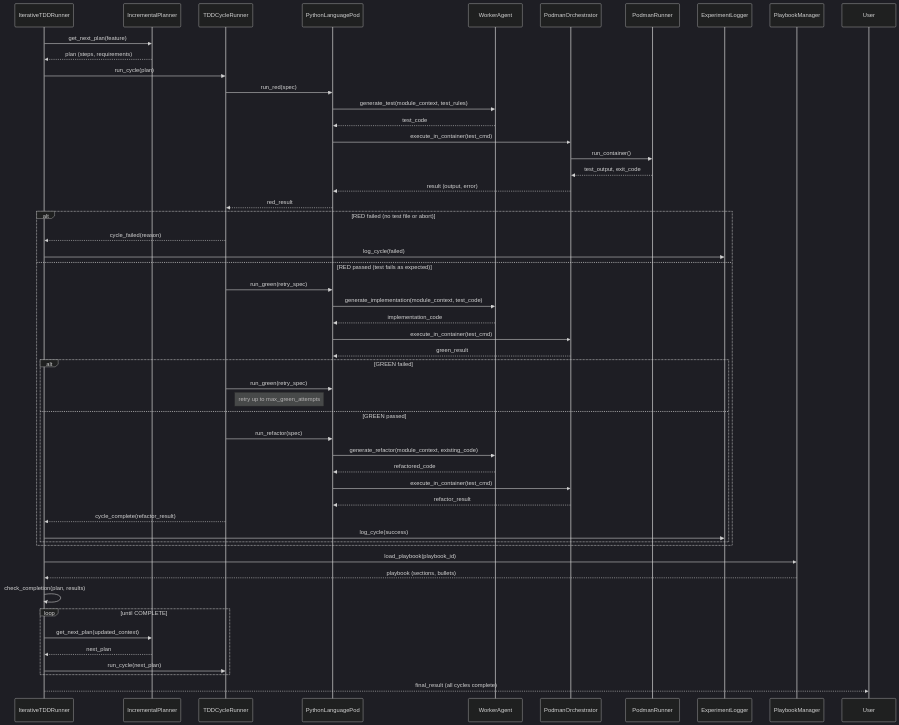
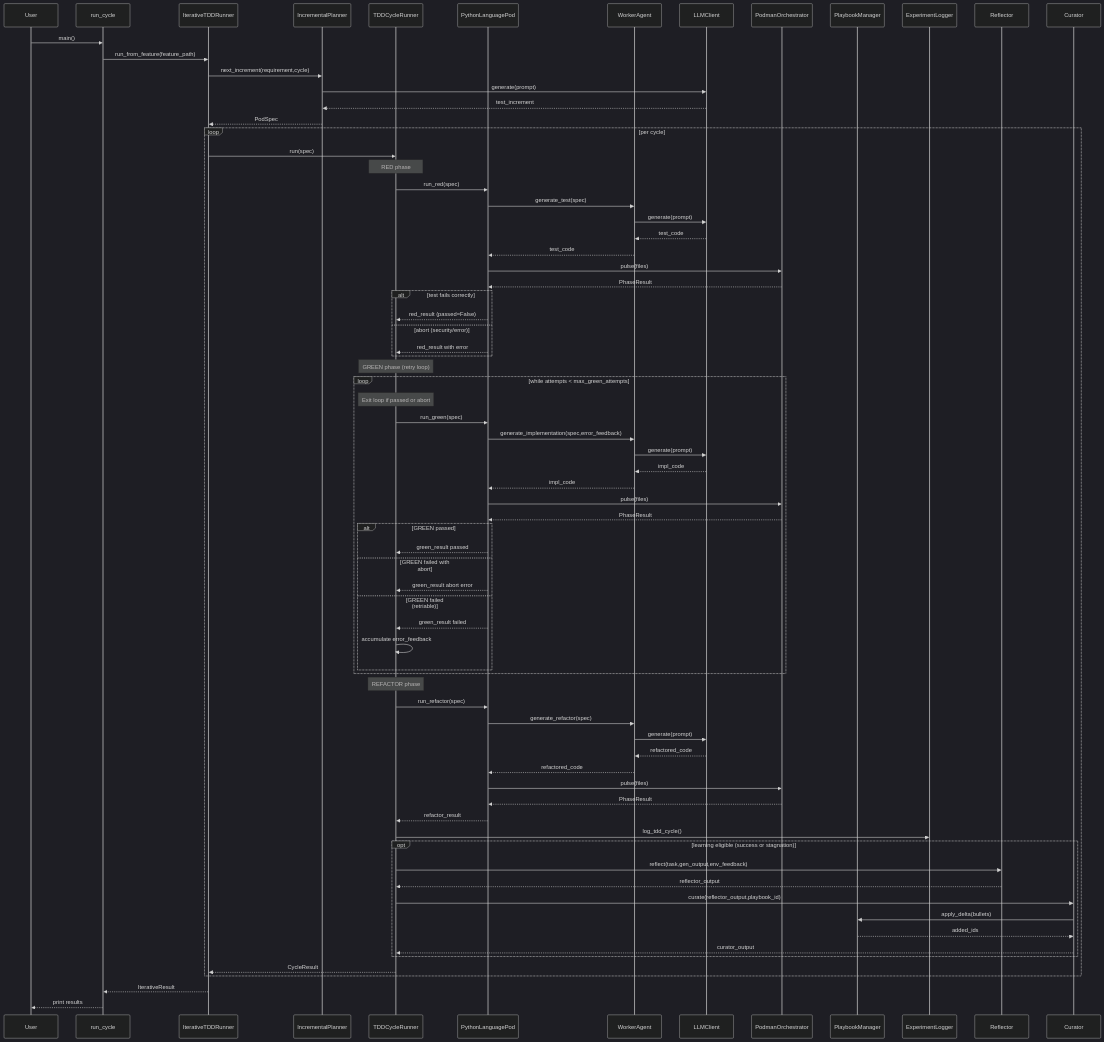
One commit to carlhuxley/ace_enterprise changed the diagram in docs/SYSTEM_ARCHITECTURE.md. Above: the diagram before and after it, drawn with Mermaid (dark theme). The commit also changed other lines of this file and 6 other files, not shown here.

````diff
--- a/docs/SYSTEM_ARCHITECTURE.md
+++ b/docs/SYSTEM_ARCHITECTURE.md
@@ -37,55 +38,87 @@
 ```mermaid
 sequenceDiagram
-    participant Runner as IterativeTDDRunner
-    participant Planner as IncrementalPlanner
-    participant Cycle as TDDCycleRunner
+    participant User as User
+    participant RC as run_cycle
+    participant ITR as IterativeTDDRunner
+    participant Plan as IncrementalPlanner
+    participant TCR as TDDCycleRunner
     participant Pod as PythonLanguagePod
-    participant Worker as WorkerAgent
+    participant WA as WorkerAgent
+    participant LLM as LLMClient
     participant Orch as PodmanOrchestrator
-    participant Cont as PodmanRunner
-    participant Logger as ExperimentLogger
-    participant Store as PlaybookManager
+    participant PM as PlaybookManager
+    participant Log as ExperimentLogger
+    participant Ref as Reflector
+    participant Cur as Curator
 
-    Runner->>Planner: get_next_plan(feature)
-    Planner-->>Runner: plan (steps, requirements)
-    Runner->>Cycle: run_cycle(plan)
-    Cycle->>Pod: run_red(spec)
-    Pod->>Worker: generate_test(module_context, test_rules)
-    Worker-->>Pod: test_code
-    Pod->>Orch: execute_in_container(test_cmd)
-    Orch->>Cont: run_container()
-    Cont-->>Orch: test_output, exit_code
-    Orch-->>Pod: result (output, error)
-    Pod-->>Cycle: red_result
-    alt RED failed (no test file or abort)
-        Cycle-->>Runner: cycle_failed(reason)
-        Runner->>Logger: log_cycle(failed)
-    else RED passed (test fails as expected)
-        Cycle->>Pod: run_green(retry_spec)
-        Pod->>Worker: generate_implementation(module_context, test_code)
-        Worker-->>Pod: implementation_code
-        Pod->>Orch: execute_in_container(test_cmd)
-        Orch-->>Pod: green_result
-        alt GREEN failed
-            Cycle->>Pod: run_green(retry_spec)
-            Note right of Cycle: retry up to max_green_attempts
-        else GREEN passed
-            Cycle->>Pod: run_refactor(spec)
-            Pod->>Worker: generate_refactor(module_context, existing_code)
-            Worker-->>Pod: refactored_code
-            Pod->>Orch: execute_in_container(test_cmd)
-            Orch-->>Pod: refactor_result
-            Cycle-->>Runner: cycle_complete(refactor_result)
-            Runner->>Logger: log_cycle(success)
+    User->>RC: main()
+    RC->>ITR: run_from_feature(feature_path)
+    ITR->>Plan: next_increment(requirement,cycle)
+    Plan->>LLM: generate(prompt)
+    LLM-->>Plan: test_increment
+    Plan-->>ITR: PodSpec
+
+    loop per cycle
+        ITR->>TCR: run(spec)
+
+        Note over TCR: RED phase
+        TCR->>Pod: run_red(spec)
+        Pod->>WA: generate_test(spec)
+        WA->>LLM: generate(prompt)
+        LLM-->>WA: test_code
+        WA-->>Pod: test_code
+        Pod->>Orch: pulse(files)
+        Orch-->>Pod: PhaseResult
+        alt test fails correctly
+            Pod-->>TCR: red_result (passed=False)
+        else abort (security/error)
+            Pod-->>TCR: red_result with error
         end
+
+        Note over TCR: GREEN phase (retry loop)
+        loop while attempts < max_green_attempts
+            Note over TCR: Exit loop if passed or abort
+            TCR->>Pod: run_green(spec)
+            Pod->>WA: generate_implementation(spec,error_feedback)
+            WA->>LLM: generate(prompt)
+            LLM-->>WA: impl_code
+            WA-->>Pod: impl_code
+            Pod->>Orch: pulse(files)
+            Orch-->>Pod: PhaseResult
+            alt GREEN passed
+                Pod-->>TCR: green_result passed
+            else GREEN failed with abort
+                Pod-->>TCR: green_result abort error
+            else GREEN failed (retriable)
+                Pod-->>TCR: green_result failed
+                TCR->>TCR: accumulate error_feedback
+            end
+        end
+
+        Note over TCR: REFACTOR phase
+        TCR->>Pod: run_refactor(spec)
+        Pod->>WA: generate_refactor(spec)
+        WA->>LLM: generate(prompt)
+        LLM-->>WA: refactored_code
+        WA-->>Pod: refactored_code
+        Pod->>Orch: pulse(files)
+        Orch-->>Pod: PhaseResult
+        Pod-->>TCR: refactor_result
+
+        TCR->>Log: log_tdd_cycle()
+
+        opt learning eligible (success or stagnation)
+            TCR->>Ref: reflect(task,gen_output,env_feedback)
+            Ref-->>TCR: reflector_output
+            TCR->>Cur: curate(reflector_output,playbook_id)
+            Cur->>PM: apply_delta(bullets)
+            PM-->>Cur: added_ids
+            Cur-->>TCR: curator_output
+        end
+
+        TCR-->>ITR: CycleResult
     end
-    Runner->>Store: load_playbook(playbook_id)
-    Store-->>Runner: playbook (sections, bullets)
-    Runner->>Runner: check_completion(plan, results)
-    loop until COMPLETE
-        Runner->>Planner: get_next_plan(updated_context)
-        Planner-->>Runner: next_plan
-        Runner->>Cycle: run_cycle(next_plan)
-    end
-    Runner-->>User: final_result (all cycles complete)
+
+    ITR-->>RC: IterativeResult
+    RC-->>User: print results
 ```
````
